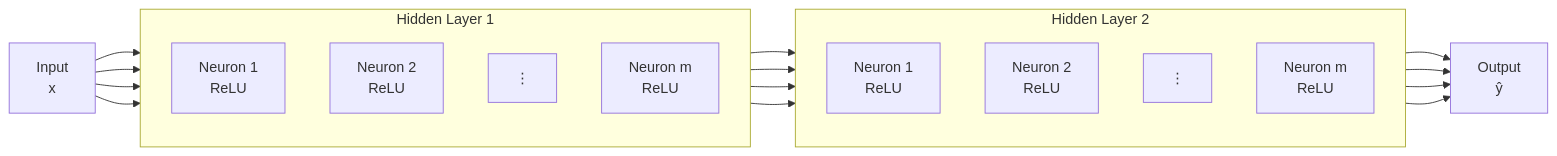
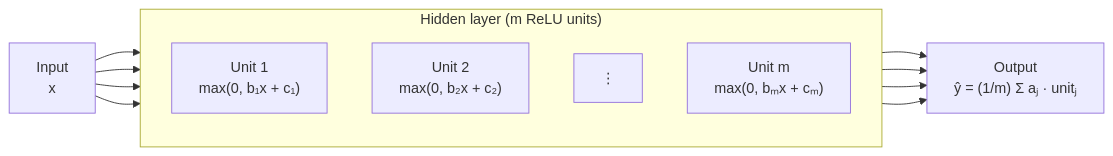
Before and after one commit to maximilien-mahdhi/relunet: the diagram in README.md, drawn with Mermaid. The commit also changed other lines of this file, not shown here.

````diff
--- a/README.md
+++ b/README.md
@@ -27,38 +105,23 @@
 ```mermaid
 flowchart LR
-
     X["Input<br/>x"]
 
-    subgraph L1["Hidden Layer 1"]
+    subgraph H["Hidden layer (m ReLU units)"]
         direction TB
-        A1["Neuron 1<br/>ReLU"]
-        A2["Neuron 2<br/>ReLU"]
-        AD["⋮"]
-        Am["Neuron m<br/>ReLU"]
+        N1["Unit 1<br/>max(0, b₁x + c₁)"]
+        N2["Unit 2<br/>max(0, b₂x + c₂)"]
+        ND["⋮"]
+        Nm["Unit m<br/>max(0, bₘx + cₘ)"]
     end
 
-    subgraph L2["Hidden Layer 2"]
-        direction TB
-        B1["Neuron 1<br/>ReLU"]
-        B2["Neuron 2<br/>ReLU"]
-        BD["⋮"]
-        Bm["Neuron m<br/>ReLU"]
-    end
+    Y["Output<br/>ŷ = (1/m) Σ aⱼ · unitⱼ"]
 
-    Y["Output<br/>ŷ"]
-
-    X --> A1
-    X --> A2
-    X --> AD
-    X --> Am
-
-    A1 --> B1
-    A2 --> B2
-    AD --> BD
-    Am --> Bm
-
-    B1 --> Y
-    B2 --> Y
-    BD --> Y
-    Bm --> Y
+    X --> N1
+    X --> N2
+    X --> ND
+    X --> Nm
+    N1 --> Y
+    N2 --> Y
+    ND --> Y
+    Nm --> Y
 ```
````
